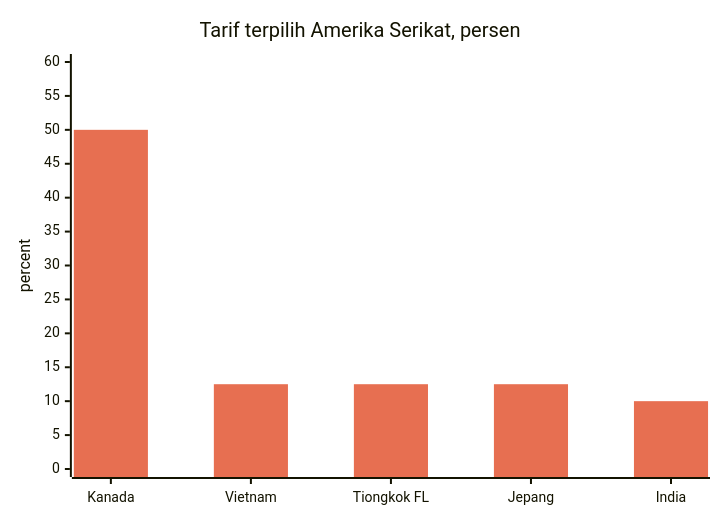
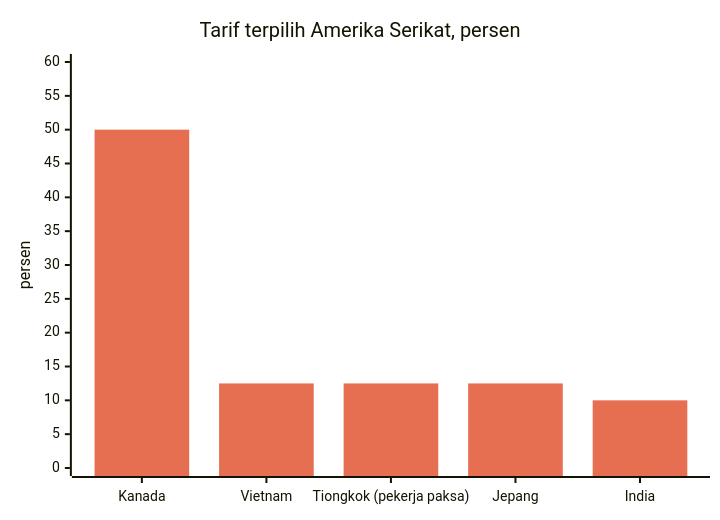
Before and after one commit to dureach/research: the first of 13 diagrams in Global-Trade-Intelligence-weekly-2026-11-16/index.id.md, drawn with Mermaid. The commit also changed other lines of this file and 5 other files, not shown here.

````diff
--- a/Global-Trade-Intelligence-weekly-2026-11-16/index.id.md
+++ b/Global-Trade-Intelligence-weekly-2026-11-16/index.id.md
@@ -224,8 +224,8 @@
 ```mermaid
 %%{init: {'theme': 'base', 'themeVariables': {'xyChart': {'plotColorPalette': '#e76f51'}}}}%%
 xychart-beta
     title "Tarif terpilih Amerika Serikat, persen"
-    x-axis ["Kanada", "Vietnam", "Tiongkok FL", "Jepang", "India"]
-    y-axis "percent" 0 --> 60
+    x-axis ["Kanada", "Vietnam", "Tiongkok (pekerja paksa)", "Jepang", "India"]
+    y-axis "persen" 0 --> 60
     bar [50, 12.5, 12.5, 12.5, 10]
 ```
````
